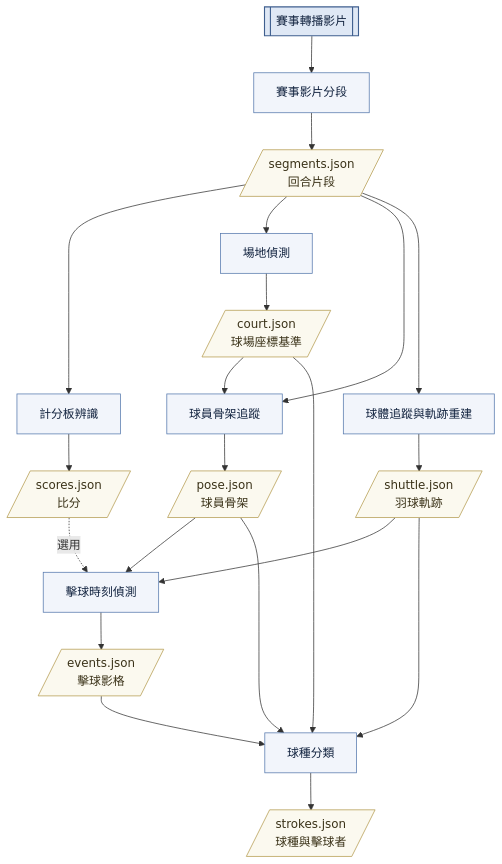
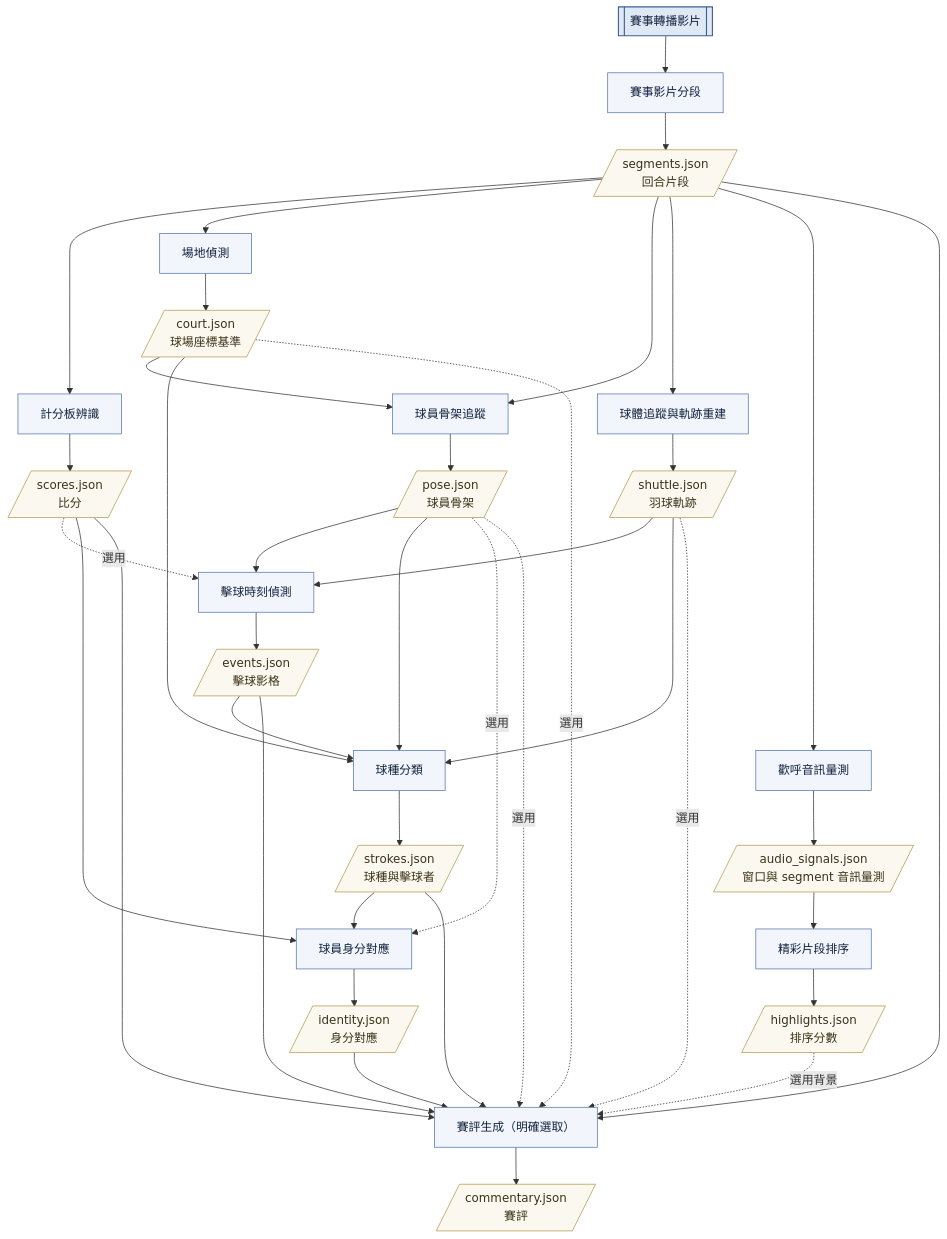
One commit to 2026bmtproject/badminton-analysis-system changed the first of 9 diagrams in docs/report.md. Above: the diagram before and after it, drawn with Mermaid. The commit also changed other lines of this file and 1 other file, not shown here.

Commit message:
docs(report): integrate audio methods and verified experiment evidence

````diff
--- a/docs/report.md
+++ b/docs/report.md
@@ -157,40 +173,61 @@
 ```mermaid
 flowchart TB
     IN[["賽事轉播影片"]]:::io
 
     SEG["賽事影片分段"]:::stage
     SCORE["計分板辨識"]:::stage
     COURT["場地偵測"]:::stage
     SHUT["球體追蹤與軌跡重建"]:::stage
     POSE["球員骨架追蹤"]:::stage
     EV["擊球時刻偵測"]:::stage
     STK["球種分類"]:::stage
+    AUDIO["歡呼音訊量測"]:::stage
+    HL["精彩片段排序"]:::stage
+    ID["球員身分對應"]:::stage
+    COM["賽評生成（明確選取）"]:::stage
 
     SEGJ[/"segments.json<br/>回合片段"/]:::data
     SCJ[/"scores.json<br/>比分"/]:::data
     CJ[/"court.json<br/>球場座標基準"/]:::data
     SHJ[/"shuttle.json<br/>羽球軌跡"/]:::data
     PJ[/"pose.json<br/>球員骨架"/]:::data
     EJ[/"events.json<br/>擊球影格"/]:::data
     STJ[/"strokes.json<br/>球種與擊球者"/]:::data
+    AJ[/"audio_signals.json<br/>窗口與 segment 音訊量測"/]:::data
+    HJ[/"highlights.json<br/>排序分數"/]:::data
+    IJ[/"identity.json<br/>身分對應"/]:::data
+    COJ[/"commentary.json<br/>賽評"/]:::data
 
     IN --> SEG --> SEGJ
     SEGJ --> SCORE --> SCJ
     SEGJ --> COURT --> CJ
     SEGJ --> POSE
     SEGJ --> SHUT
     SHUT --> SHJ
     CJ --> POSE
     POSE --> PJ
     SHJ --> EV
     PJ --> EV
     SCJ -. 選用 .-> EV --> EJ
     EJ --> STK
     PJ --> STK
     CJ --> STK
     SHJ --> STK --> STJ
+    SEGJ --> AUDIO --> AJ --> HL --> HJ
+    STJ --> ID
+    SCJ --> ID --> IJ
+    PJ -. 選用 .-> ID
+    SEGJ --> COM
+    EJ --> COM
+    STJ --> COM
+    SCJ --> COM
+    IJ --> COM --> COJ
+    HJ -. 選用背景 .-> COM
+    PJ -. 選用 .-> COM
+    CJ -. 選用 .-> COM
+    SHJ -. 選用 .-> COM
 
     classDef io fill:#dfe8f5,stroke:#3f5f8f,stroke-width:1.5px,color:#12233f;
     classDef stage fill:#f2f5fb,stroke:#5477ac,stroke-width:1px,color:#12233f;
     classDef data fill:#fbf9ef,stroke:#b39a4d,stroke-width:1px,color:#3a3218;
 ```
````
